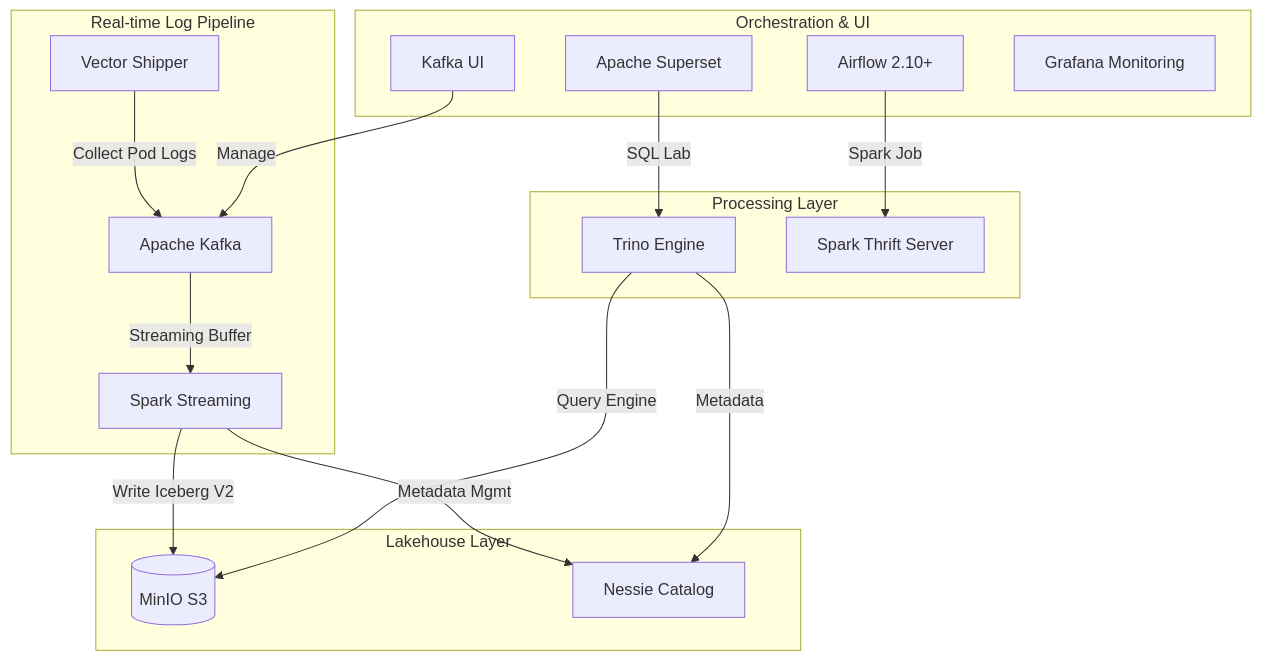
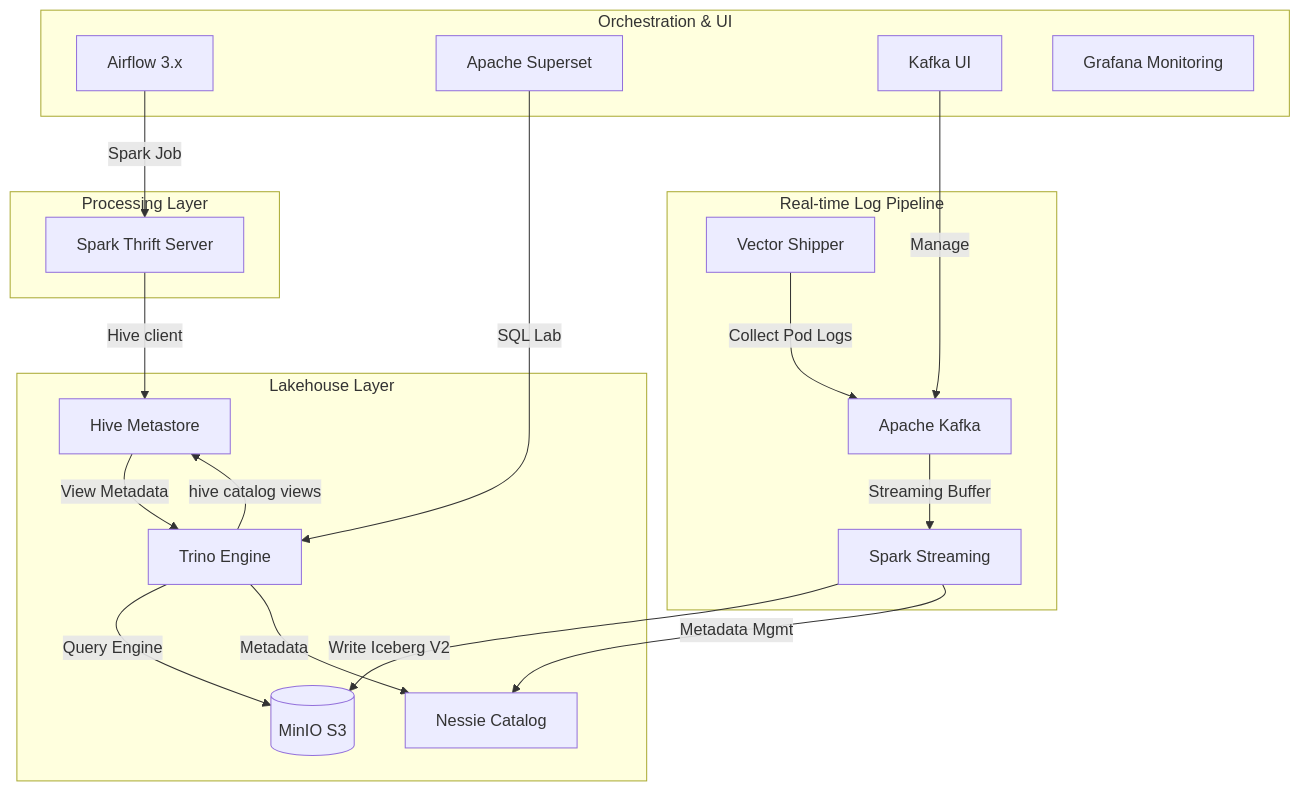
Before and after one commit to doooothat/etl-platform: the diagram in overview.md, drawn with Mermaid. The commit also changed other lines of this file and 10 other files, not shown here.

Commit message:
feat: deploy hive-metastore and integrate with Trino as a remote view-store catalog

````diff
--- a/overview.md
+++ b/overview.md
@@ -9,32 +9,36 @@
 ```mermaid
 graph TD
     subgraph Log_Collection [Real-time Log Pipeline]
         Vector[Vector Shipper] -- "Collect Pod Logs" --> Kafka[Apache Kafka]
         Kafka -- "Streaming Buffer" --> Spark[Spark Streaming]
     end
 
     subgraph Data_Storage [Lakehouse Layer]
         MinIO[(MinIO S3)]
         Nessie[Nessie Catalog]
+        HiveMS[Hive Metastore]
         Spark -- "Write Iceberg V2" --> MinIO
         Spark -- "Metadata Mgmt" --> Nessie
+        HiveMS -- "View Metadata" --> Trino
     end
 
     subgraph Analysis_Processing [Processing Layer]
         Trino[Trino Engine]
         SparkThrift[Spark Thrift Server]
         Trino -- "Query Engine" --> MinIO
         Trino -- "Metadata" --> Nessie
+        Trino -- "hive catalog views" --> HiveMS
+        SparkThrift -- "Hive client" --> HiveMS
     end
 
     subgraph UX_Orchestration [Orchestration & UI]
-        Airflow[Airflow 2.10+]
+        Airflow[Airflow 3.x]
         Superset[Apache Superset]
         KafkaUI[Kafka UI]
         Grafana[Grafana Monitoring]
         
         Airflow -- "Spark Job" --> SparkThrift
         Superset -- "SQL Lab" --> Trino
         KafkaUI -- "Manage" --> Kafka
     end
 ```
````
